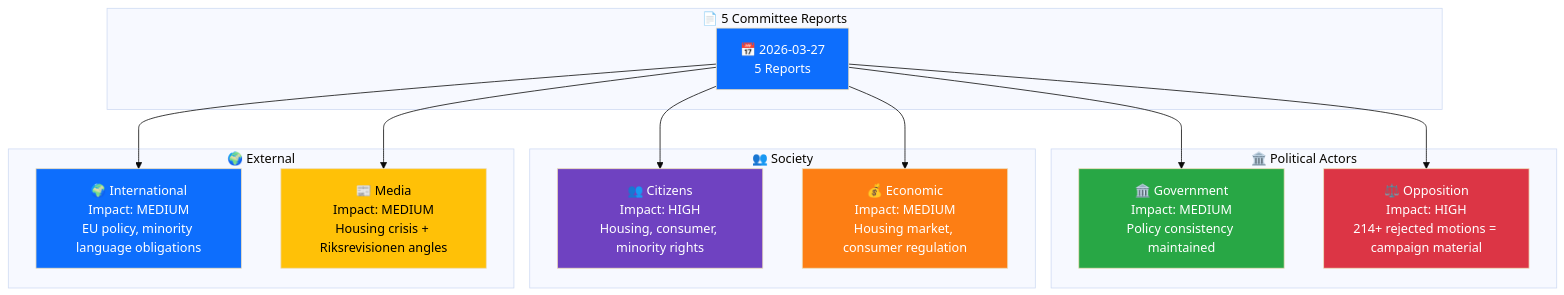
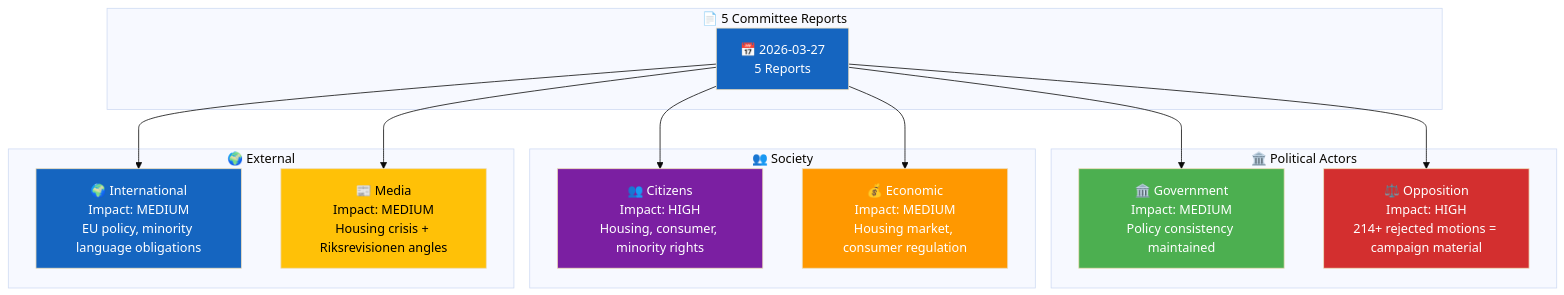
Before and after one commit to Hack23/riksdagsmonitor: the diagram in analysis/daily/2026-03-27/committeeReports/stakeholder-perspectives.md, drawn with Mermaid (base theme). The commit also changed 785 other files, not shown here.

First line of the commit message:
Normalize mermaid colors across 786 analysis artifacts to ISMS Style Guide palette

````diff
--- a/analysis/daily/2026-03-27/committeeReports/stakeholder-perspectives.md
+++ b/analysis/daily/2026-03-27/committeeReports/stakeholder-perspectives.md
@@ -22,36 +22,36 @@
 ```mermaid
 graph TD
     subgraph "📄 5 Committee Reports"
         DOC["📅 2026-03-27<br/>5 Reports"]
     end
 
     subgraph "🏛️ Political Actors"
         GOV["🏛️ Government<br/>Impact: MEDIUM<br/>Policy consistency maintained"]
         OPP["⚖️ Opposition<br/>Impact: HIGH<br/>214+ rejected motions = campaign material"]
     end
 
     subgraph "👥 Society"
         CIT["👥 Citizens<br/>Impact: HIGH<br/>Housing, consumer, minority rights"]
         ECO["💰 Economic<br/>Impact: MEDIUM<br/>Housing market, consumer regulation"]
     end
 
     subgraph "🌍 External"
         INT["🌍 International<br/>Impact: MEDIUM<br/>EU policy, minority language obligations"]
         MED["📰 Media<br/>Impact: MEDIUM<br/>Housing crisis + Riksrevisionen angles"]
     end
 
     DOC --> GOV
     DOC --> OPP
     DOC --> CIT
     DOC --> ECO
     DOC --> INT
     DOC --> MED
 
-    style DOC fill:#0d6efd,color:#fff
-    style GOV fill:#28a745,color:#fff
-    style OPP fill:#dc3545,color:#fff
-    style CIT fill:#6f42c1,color:#fff
-    style ECO fill:#fd7e14,color:#fff
-    style INT fill:#0d6efd,color:#fff
-    style MED fill:#ffc107,color:#000
+    style DOC fill:#1565C0,color:#FFFFFF
+    style GOV fill:#4CAF50,color:#FFFFFF
+    style OPP fill:#D32F2F,color:#FFFFFF
+    style CIT fill:#7B1FA2,color:#FFFFFF
+    style ECO fill:#FF9800,color:#FFFFFF
+    style INT fill:#1565C0,color:#FFFFFF
+    style MED fill:#FFC107,color:#000000
 ```
````
